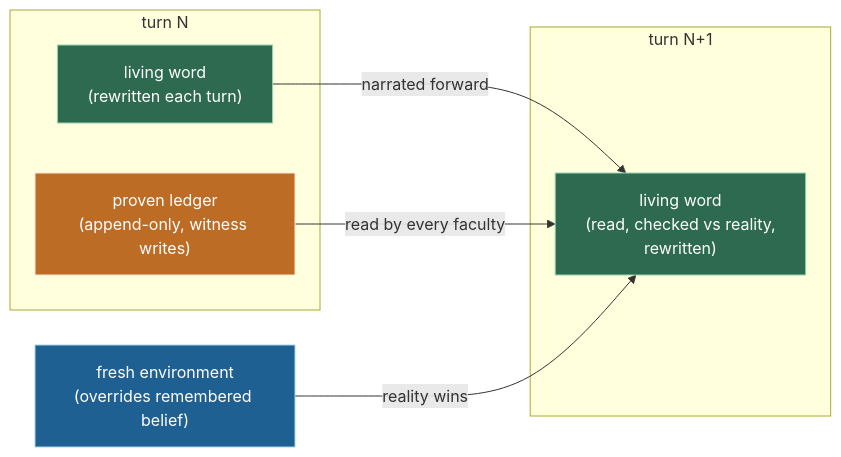
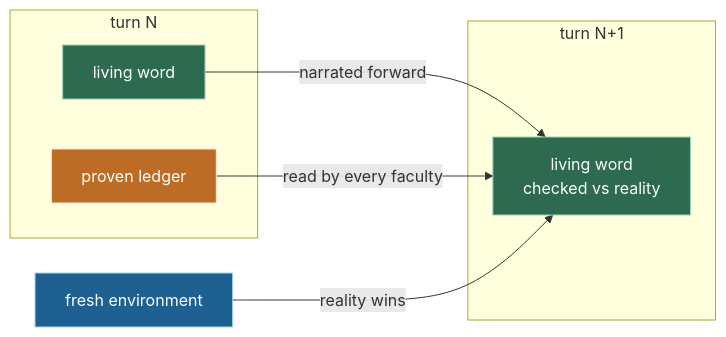
The sixth of 10 diagrams in README.md (wgabrys88/endgame-ai), drawn with Mermaid before and after one commit. The commit also changed other lines of this file, not shown here.

````diff
--- a/README.md
+++ b/README.md
@@ -561,21 +609,21 @@
 ```mermaid
 flowchart LR
     subgraph TURN_N["turn N"]
-        LW_N["living word<br/>(rewritten each turn)"]
-        PL["proven ledger<br/>(append-only, witness writes)"]
+        LW_N["living word"]
+        PL["proven ledger"]
     end
     subgraph TURN_N1["turn N+1"]
-        LW_N1["living word<br/>(read, checked vs reality,<br/>rewritten)"]
+        LW_N1["living word<br/>checked vs reality"]
     end
 
     LW_N -- "narrated forward" --> LW_N1
     PL -- "read by every faculty" --> LW_N1
-    ENV["fresh environment<br/>(overrides remembered belief)"] -- "reality wins" --> LW_N1
+    ENV["fresh environment"] -- "reality wins" --> LW_N1
 
     classDef mem fill:#2d6a4f,stroke:#95d5b2,color:#ffffff;
     classDef led fill:#bc6c25,stroke:#ffe8d6,color:#ffffff;
     classDef env fill:#1e6091,stroke:#a9d6e5,color:#ffffff;
     class LW_N,LW_N1 mem;
     class PL led;
     class ENV env;
 ```
````
